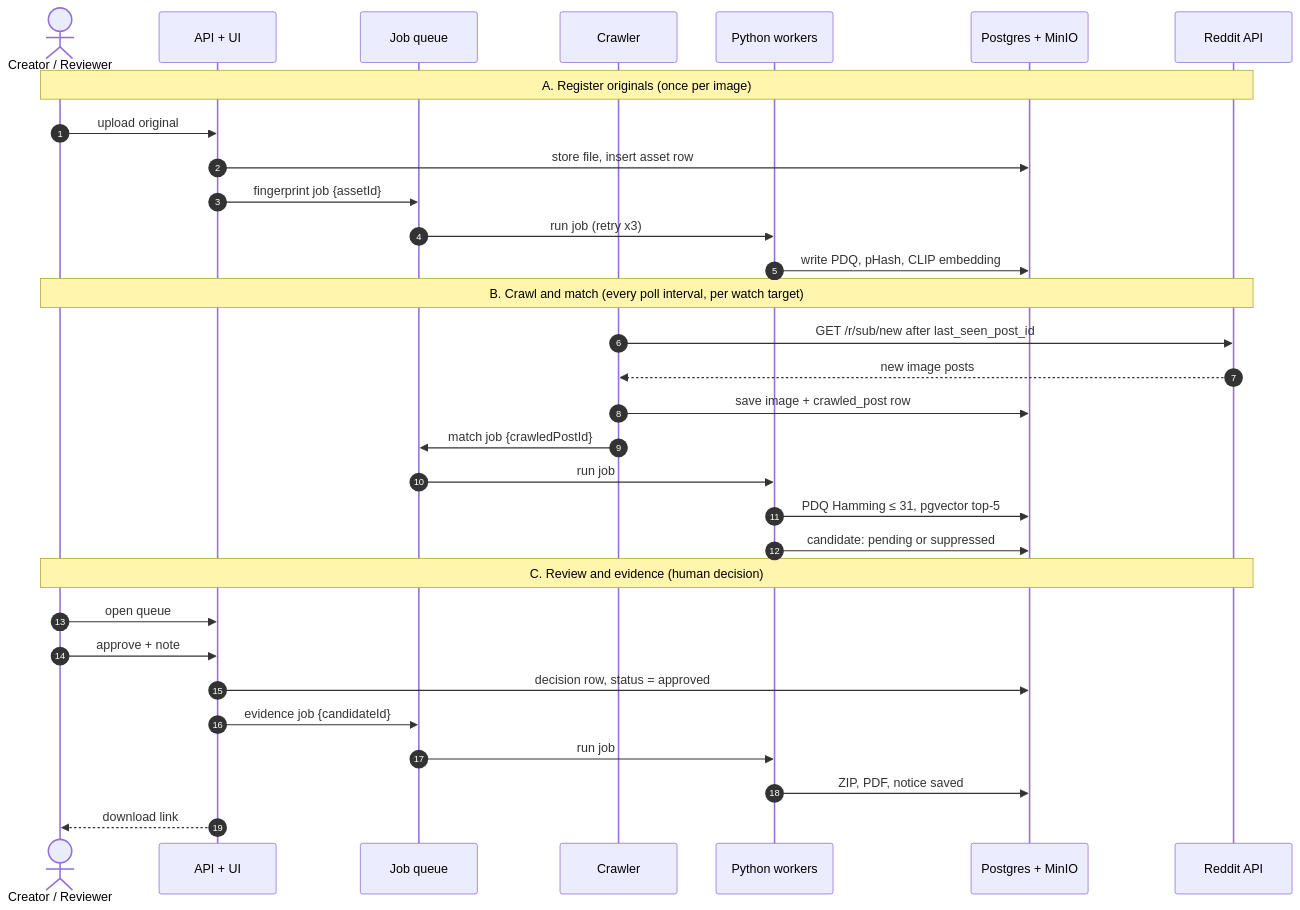
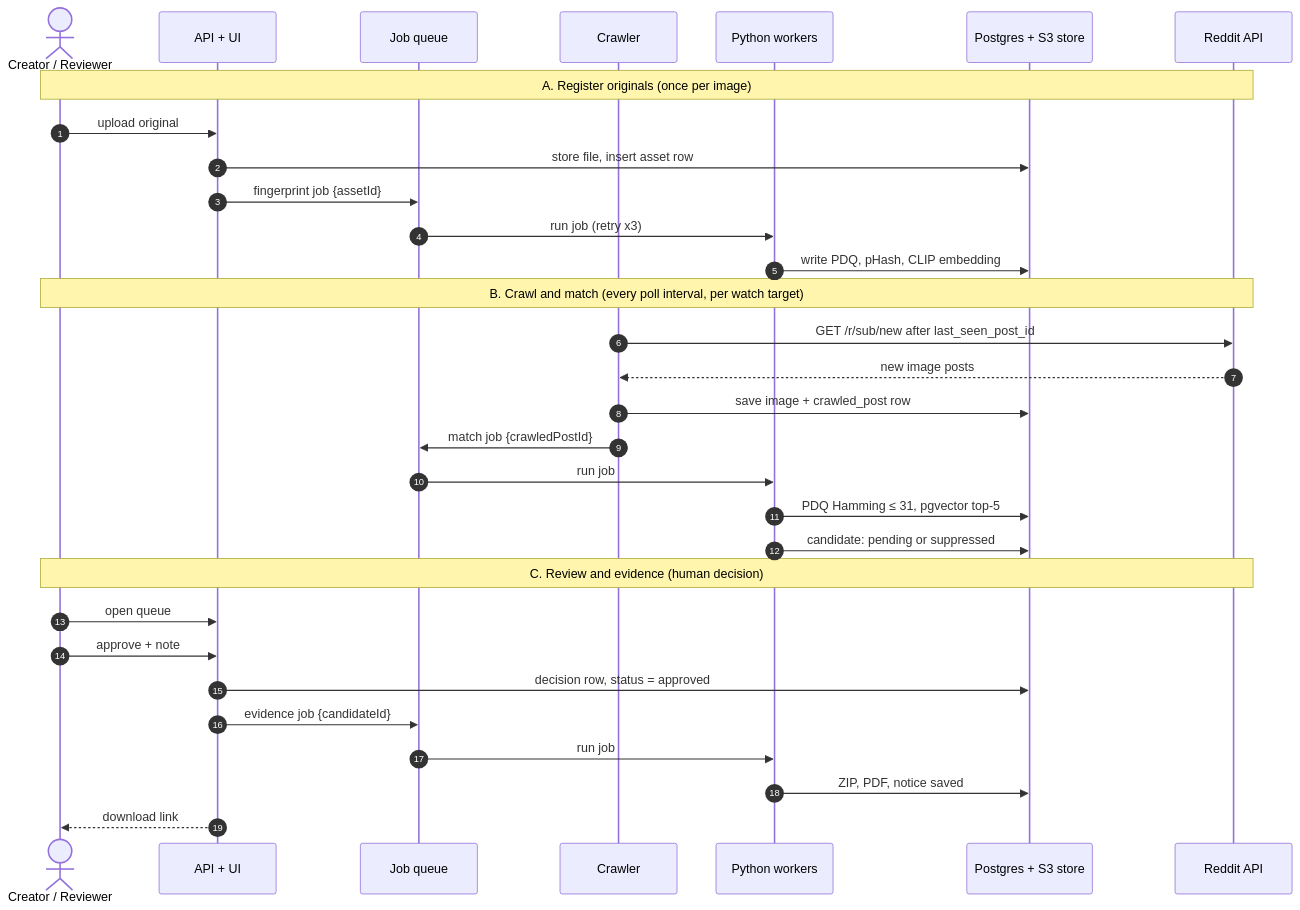
One commit to Cshiva773/repost-radar changed the second of 2 diagrams in docs/ARCHITECTURE.md. Above: the diagram before and after it, drawn with Mermaid. The commit also changed other lines of this file and 45 other files, not shown here.

First line of the commit message:
Phase 0: scaffold monorepo, compose stack, schema, API, crawler, worker

````diff
--- a/docs/ARCHITECTURE.md
+++ b/docs/ARCHITECTURE.md
@@ -52,36 +52,36 @@
 ```mermaid
 sequenceDiagram
   autonumber
   actor U as Creator / Reviewer
   participant API as API + UI
   participant Q as Job queue
   participant CR as Crawler
   participant W as Python workers
-  participant DB as Postgres + MinIO
+  participant DB as Postgres + S3 store
   participant RD as Reddit API
 
   Note over U,RD: A. Register originals (once per image)
   U->>API: upload original
   API->>DB: store file, insert asset row
   API->>Q: fingerprint job {assetId}
   Q->>W: run job (retry x3)
   W->>DB: write PDQ, pHash, CLIP embedding
 
   Note over U,RD: B. Crawl and match (every poll interval, per watch target)
   CR->>RD: GET /r/sub/new after last_seen_post_id
   RD-->>CR: new image posts
   CR->>DB: save image + crawled_post row
   CR->>Q: match job {crawledPostId}
   Q->>W: run job
   W->>DB: PDQ Hamming ≤ 31, pgvector top-5
   W->>DB: candidate: pending or suppressed
 
   Note over U,RD: C. Review and evidence (human decision)
   U->>API: open queue
   U->>API: approve + note
   API->>DB: decision row, status = approved
   API->>Q: evidence job {candidateId}
   Q->>W: run job
   W->>DB: ZIP, PDF, notice saved
   API-->>U: download link
 ```
````
